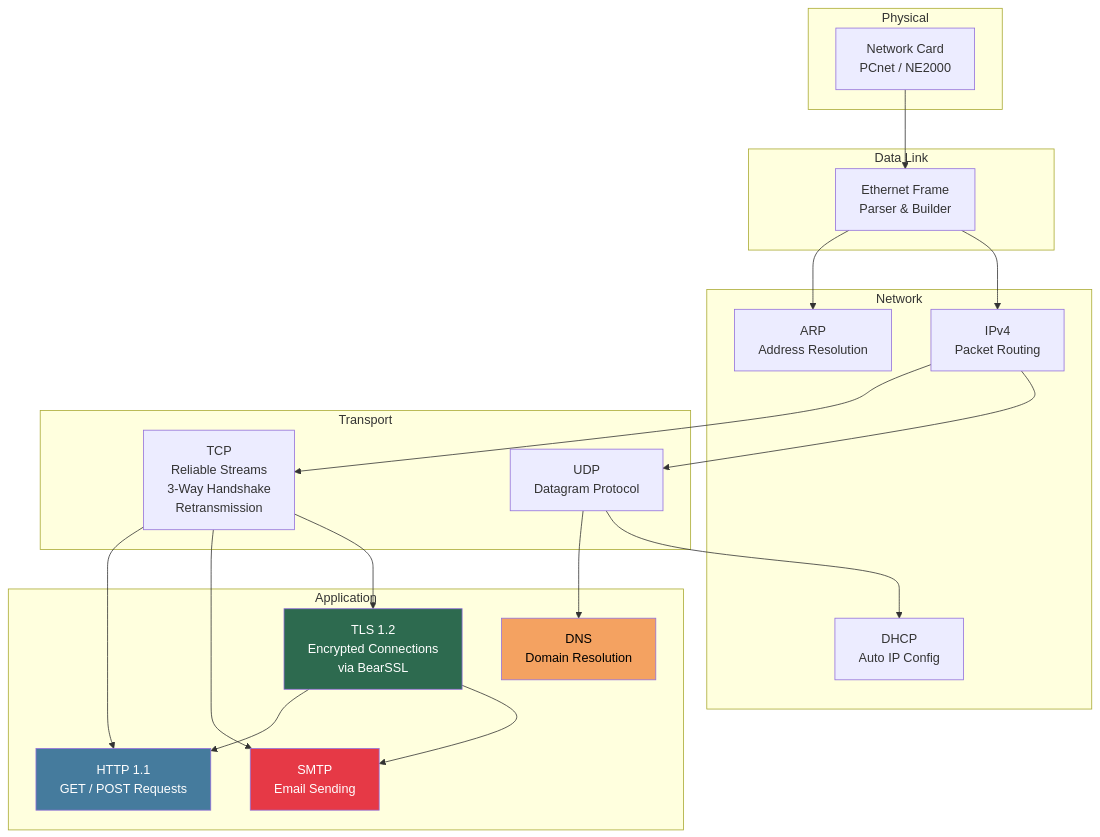
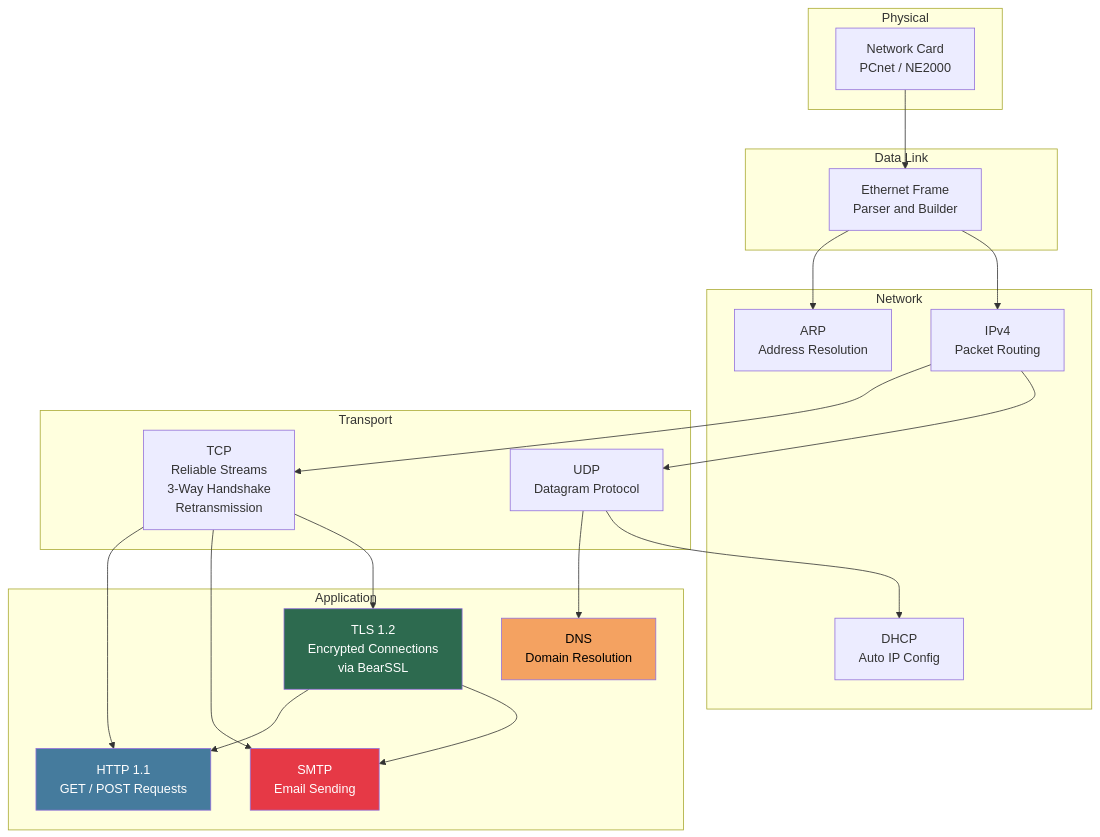
The second of 5 diagrams in README.md (Rudrapatel330/PureOS), drawn with Mermaid before and after one commit. The commit also changed other lines of this file, not shown here.

Commit message:
Fix: GitHub-compatible Mermaid diagram syntax

````diff
--- a/README.md
+++ b/README.md
@@ -184,46 +184,46 @@
 ```mermaid
 graph TB
     subgraph Physical
         NIC[Network Card<br>PCnet / NE2000]
     end
 
     subgraph Data Link
-        ETH[Ethernet Frame<br>Parser & Builder]
+        ETH[Ethernet Frame<br>Parser and Builder]
     end
 
     subgraph Network
         ARP[ARP<br>Address Resolution]
         IPV4[IPv4<br>Packet Routing]
         DHCP[DHCP<br>Auto IP Config]
     end
 
     subgraph Transport
         TCP[TCP<br>Reliable Streams<br>3-Way Handshake<br>Retransmission]
         UDP_P[UDP<br>Datagram Protocol]
     end
 
     subgraph Application
         DNS[DNS<br>Domain Resolution]
         HTTP[HTTP 1.1<br>GET / POST Requests]
         SMTP[SMTP<br>Email Sending]
         TLS[TLS 1.2<br>Encrypted Connections<br>via BearSSL]
     end
 
     NIC --> ETH
     ETH --> ARP
     ETH --> IPV4
     IPV4 --> TCP
     IPV4 --> UDP_P
     UDP_P --> DNS
     UDP_P --> DHCP
     TCP --> HTTP
     TCP --> SMTP
     TCP --> TLS
     TLS --> HTTP
     TLS --> SMTP
 
     style TLS fill:#2d6a4f,color:#fff
     style SMTP fill:#e63946,color:#fff
     style HTTP fill:#457b9d,color:#fff
     style DNS fill:#f4a261,color:#000
 ```
````
